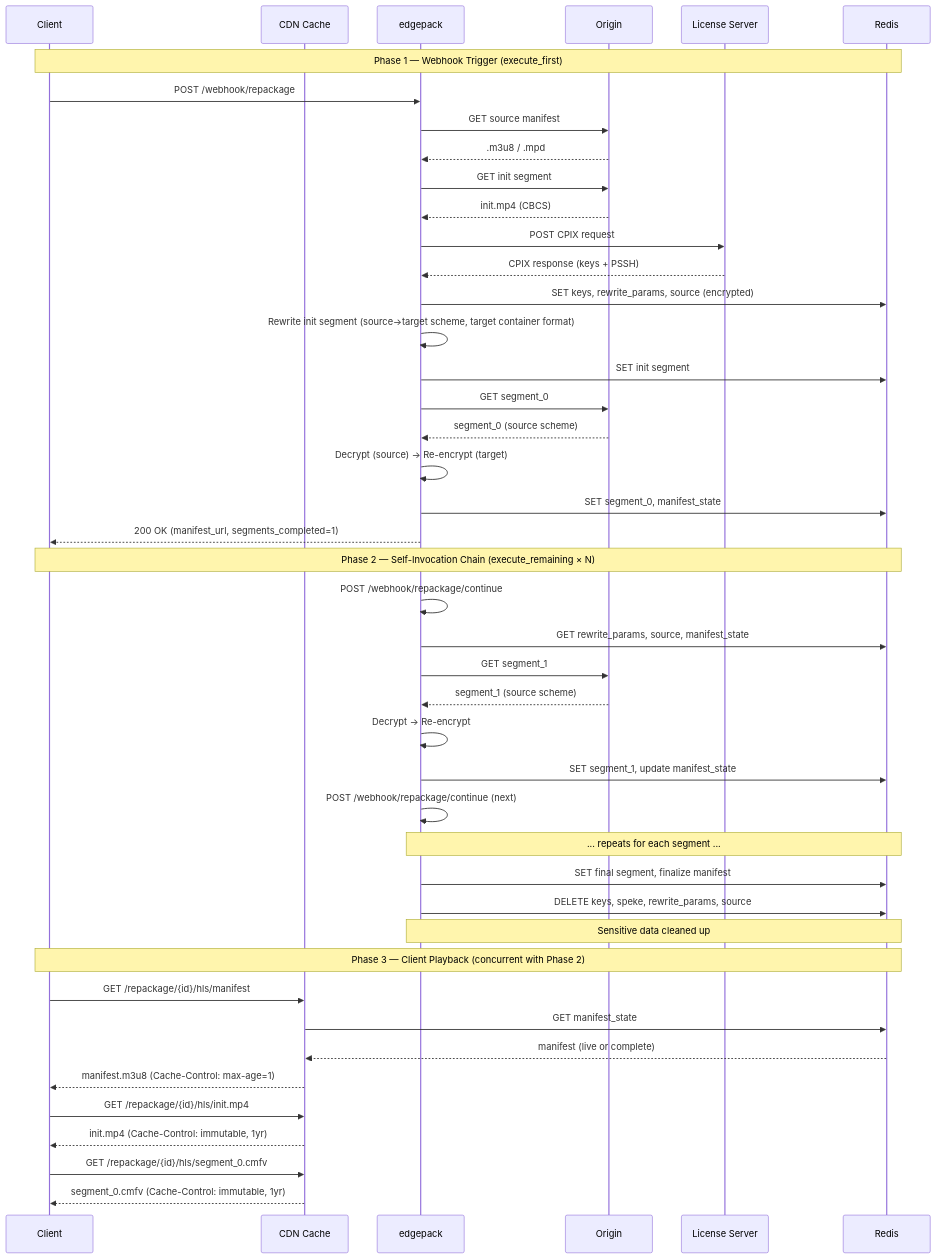
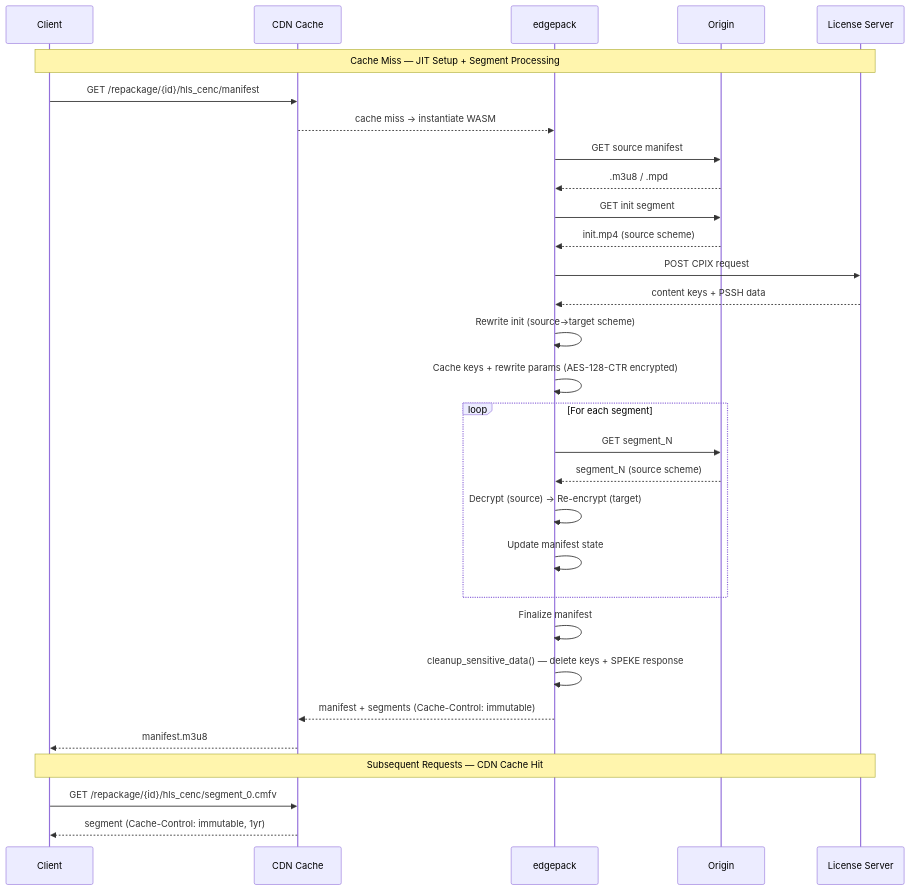
The fourth of 11 diagrams in docs/architecture.md (adrums86/edgepack), drawn with Mermaid before and after one commit. The commit also changed other lines of this file and 37 other files, not shown here.

````diff
--- a/docs/architecture.md
+++ b/docs/architecture.md
@@ -171,51 +168,36 @@
 ```mermaid
 sequenceDiagram
     participant Client
     participant CDN as CDN Cache
     participant EP as edgepack
     participant Origin
     participant SPEKE as License Server
-    participant Redis
 
-    Note over Client,Redis: Phase 1 — Webhook Trigger (execute_first)
-    Client->>EP: POST /webhook/repackage
+    Note over Client,SPEKE: Cache Miss — JIT Setup + Segment Processing
+    Client->>CDN: GET /repackage/{id}/hls_cenc/manifest
+    CDN-->>EP: cache miss → instantiate WASM
     EP->>Origin: GET source manifest
     Origin-->>EP: .m3u8 / .mpd
     EP->>Origin: GET init segment
-    Origin-->>EP: init.mp4 (CBCS)
+    Origin-->>EP: init.mp4 (source scheme)
     EP->>SPEKE: POST CPIX request
-    SPEKE-->>EP: CPIX response (keys + PSSH)
-    EP->>Redis: SET keys, rewrite_params, source (encrypted)
-    EP->>EP: Rewrite init segment (source→target scheme, target container format)
-    EP->>Redis: SET init segment
-    EP->>Origin: GET segment_0
-    Origin-->>EP: segment_0 (source scheme)
-    EP->>EP: Decrypt (source) → Re-encrypt (target)
-    EP->>Redis: SET segment_0, manifest_state
-    EP-->>Client: 200 OK (manifest_url, segments_completed=1)
+    SPEKE-->>EP: content keys + PSSH data
+    EP->>EP: Rewrite init (source→target scheme)
+    EP->>EP: Cache keys + rewrite params (AES-128-CTR encrypted)
 
-    Note over Client,Redis: Phase 2 — Self-Invocation Chain (execute_remaining × N)
-    EP->>EP: POST /webhook/repackage/continue
-    EP->>Redis: GET rewrite_params, source, manifest_state
-    EP->>Origin: GET segment_1
-    Origin-->>EP: segment_1 (source scheme)
-    EP->>EP: Decrypt → Re-encrypt
-    EP->>Redis: SET segment_1, update manifest_state
-    EP->>EP: POST /webhook/repackage/continue (next)
+    loop For each segment
+        EP->>Origin: GET segment_N
+        Origin-->>EP: segment_N (source scheme)
+        EP->>EP: Decrypt (source) → Re-encrypt (target)
+        EP->>EP: Update manifest state
+    end
 
-    Note over EP,Redis: ... repeats for each segment ...
+    EP->>EP: Finalize manifest
+    EP->>EP: cleanup_sensitive_data() — delete keys + SPEKE response
+    EP-->>CDN: manifest + segments (Cache-Control: immutable)
+    CDN-->>Client: manifest.m3u8
 
-    EP->>Redis: SET final segment, finalize manifest
-    EP->>Redis: DELETE keys, speke, rewrite_params, source
-    Note over EP,Redis: Sensitive data cleaned up
-
-    Note over Client,Redis: Phase 3 — Client Playback (concurrent with Phase 2)
-    Client->>CDN: GET /repackage/{id}/hls/manifest
-    CDN->>Redis: GET manifest_state
-    Redis-->>CDN: manifest (live or complete)
-    CDN-->>Client: manifest.m3u8 (Cache-Control: max-age=1)
-    Client->>CDN: GET /repackage/{id}/hls/init.mp4
-    CDN-->>Client: init.mp4 (Cache-Control: immutable, 1yr)
-    Client->>CDN: GET /repackage/{id}/hls/segment_0.cmfv
-    CDN-->>Client: segment_0.cmfv (Cache-Control: immutable, 1yr)
+    Note over Client,SPEKE: Subsequent Requests — CDN Cache Hit
+    Client->>CDN: GET /repackage/{id}/hls_cenc/segment_0.cmfv
+    CDN-->>Client: segment (Cache-Control: immutable, 1yr)
 ```
````
